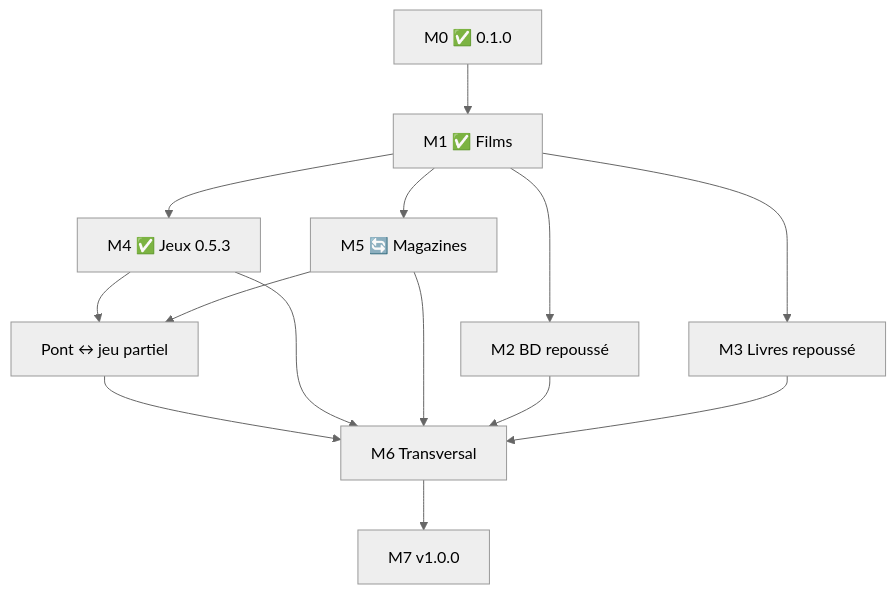
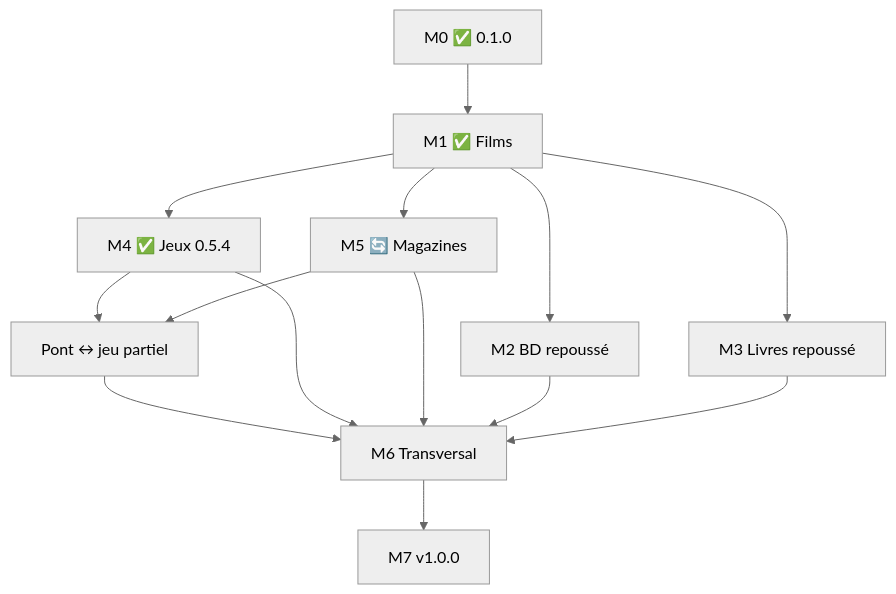
The second of 2 diagrams in ROADMAP.md (daryl40000/mediatheque), drawn with Mermaid (neutral theme) before and after one commit. The commit also changed other lines of this file, not shown here.

````diff
--- a/ROADMAP.md
+++ b/ROADMAP.md
@@ -322,16 +321,16 @@
 ```mermaid
 flowchart TB
   M0[M0 ✅ 0.1.0] --> M1[M1 ✅ Films]
-  M1 --> M4[M4 ✅ Jeux 0.5.3]
+  M1 --> M4[M4 ✅ Jeux 0.5.4]
   M1 --> M5[M5 🔄 Magazines]
   M4 --> XPont[Pont ↔ jeu partiel]
   M5 --> XPont
   XPont --> M6[M6 Transversal]
   M4 --> M6
   M5 --> M6
   M1 --> M2[M2 BD repoussé]
   M1 --> M3[M3 Livres repoussé]
   M2 --> M6
   M3 --> M6
   M6 --> M7[M7 v1.0.0]
 ```
````
